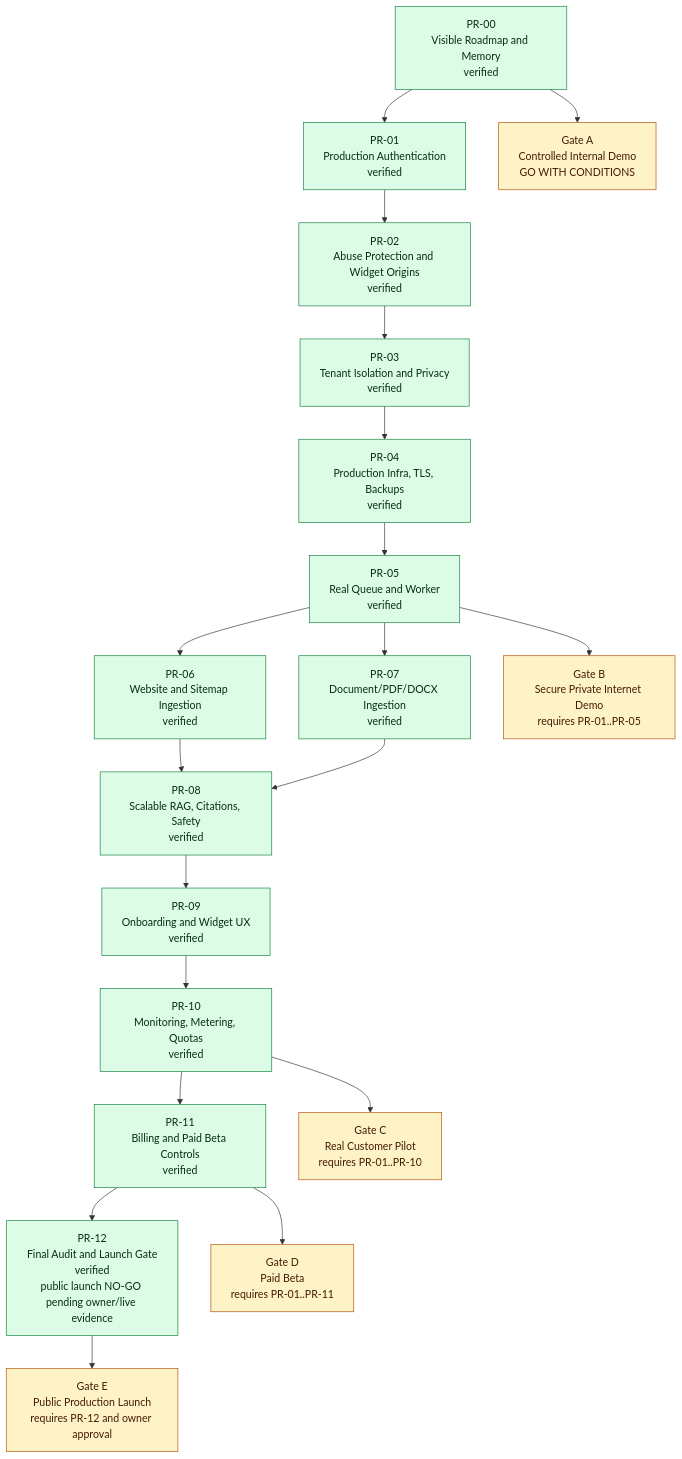
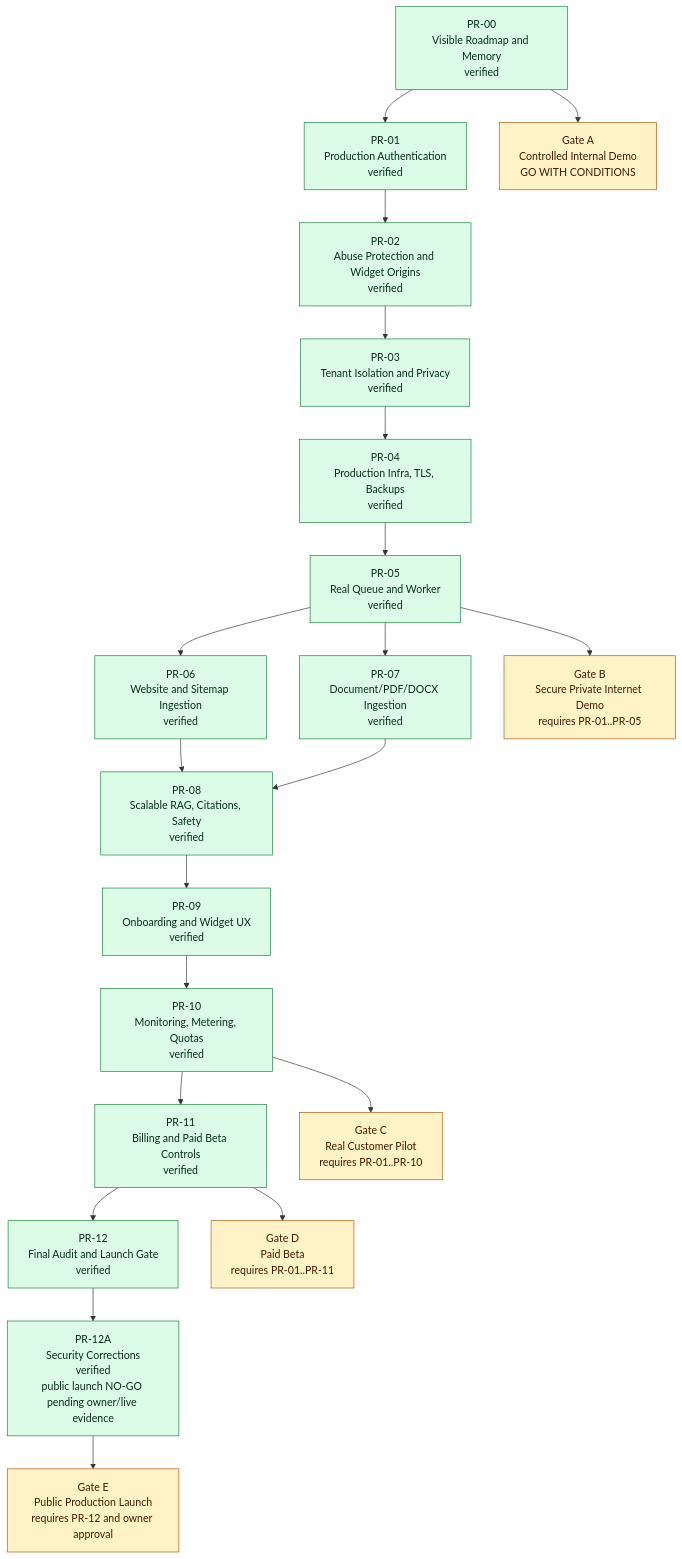
The diagram in production-control/03_PHASE_DEPENDENCY_GRAPH.md (Tauhid-dev/AI-Magnet), drawn with Mermaid before and after one commit. The commit also changed other lines of this file and 38 other files, not shown here.

Commit message:
Production PR-12A: security corrections before staging

````diff
--- a/production-control/03_PHASE_DEPENDENCY_GRAPH.md
+++ b/production-control/03_PHASE_DEPENDENCY_GRAPH.md
@@ -5,43 +5,44 @@
 ```mermaid
 flowchart TB
     PR00["PR-00<br/>Visible Roadmap and Memory<br/>verified"]
     PR01["PR-01<br/>Production Authentication<br/>verified"]
     PR02["PR-02<br/>Abuse Protection and Widget Origins<br/>verified"]
     PR03["PR-03<br/>Tenant Isolation and Privacy<br/>verified"]
     PR04["PR-04<br/>Production Infra, TLS, Backups<br/>verified"]
     PR05["PR-05<br/>Real Queue and Worker<br/>verified"]
     PR06["PR-06<br/>Website and Sitemap Ingestion<br/>verified"]
     PR07["PR-07<br/>Document/PDF/DOCX Ingestion<br/>verified"]
     PR08["PR-08<br/>Scalable RAG, Citations, Safety<br/>verified"]
     PR09["PR-09<br/>Onboarding and Widget UX<br/>verified"]
     PR10["PR-10<br/>Monitoring, Metering, Quotas<br/>verified"]
     PR11["PR-11<br/>Billing and Paid Beta Controls<br/>verified"]
-    PR12["PR-12<br/>Final Audit and Launch Gate<br/>verified<br/>public launch NO-GO pending owner/live evidence"]
+    PR12["PR-12<br/>Final Audit and Launch Gate<br/>verified"]
+    PR12A["PR-12A<br/>Security Corrections<br/>verified<br/>public launch NO-GO pending owner/live evidence"]
 
     GateA["Gate A<br/>Controlled Internal Demo<br/>GO WITH CONDITIONS"]
     GateB["Gate B<br/>Secure Private Internet Demo<br/>requires PR-01..PR-05"]
     GateC["Gate C<br/>Real Customer Pilot<br/>requires PR-01..PR-10"]
     GateD["Gate D<br/>Paid Beta<br/>requires PR-01..PR-11"]
     GateE["Gate E<br/>Public Production Launch<br/>requires PR-12 and owner approval"]
 
     PR00 --> PR01 --> PR02 --> PR03 --> PR04 --> PR05
     PR05 --> PR06
     PR05 --> PR07
     PR06 --> PR08
     PR07 --> PR08
-    PR08 --> PR09 --> PR10 --> PR11 --> PR12
+    PR08 --> PR09 --> PR10 --> PR11 --> PR12 --> PR12A
 
     PR00 --> GateA
     PR05 --> GateB
     PR10 --> GateC
     PR11 --> GateD
-    PR12 --> GateE
+    PR12A --> GateE
 
     classDef verified fill:#dcfce7,stroke:#15803d,color:#052e16
     classDef blocker fill:#fee2e2,stroke:#b91c1c,color:#450a0a
     classDef notStarted fill:#f1f5f9,stroke:#64748b,color:#0f172a
     classDef gate fill:#fef3c7,stroke:#b45309,color:#451a03
 
-    class PR00,PR01,PR02,PR03,PR04,PR05,PR06,PR07,PR08,PR09,PR10,PR11,PR12 verified
+    class PR00,PR01,PR02,PR03,PR04,PR05,PR06,PR07,PR08,PR09,PR10,PR11,PR12,PR12A verified
     class GateA,GateB,GateC,GateD,GateE gate
 ```
````
